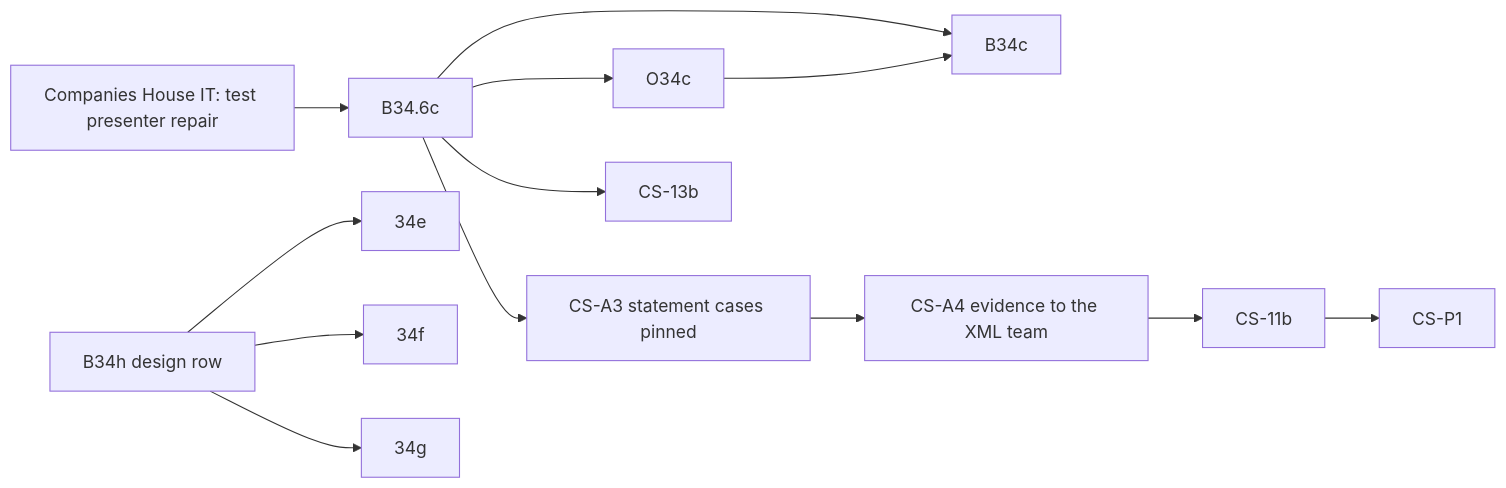
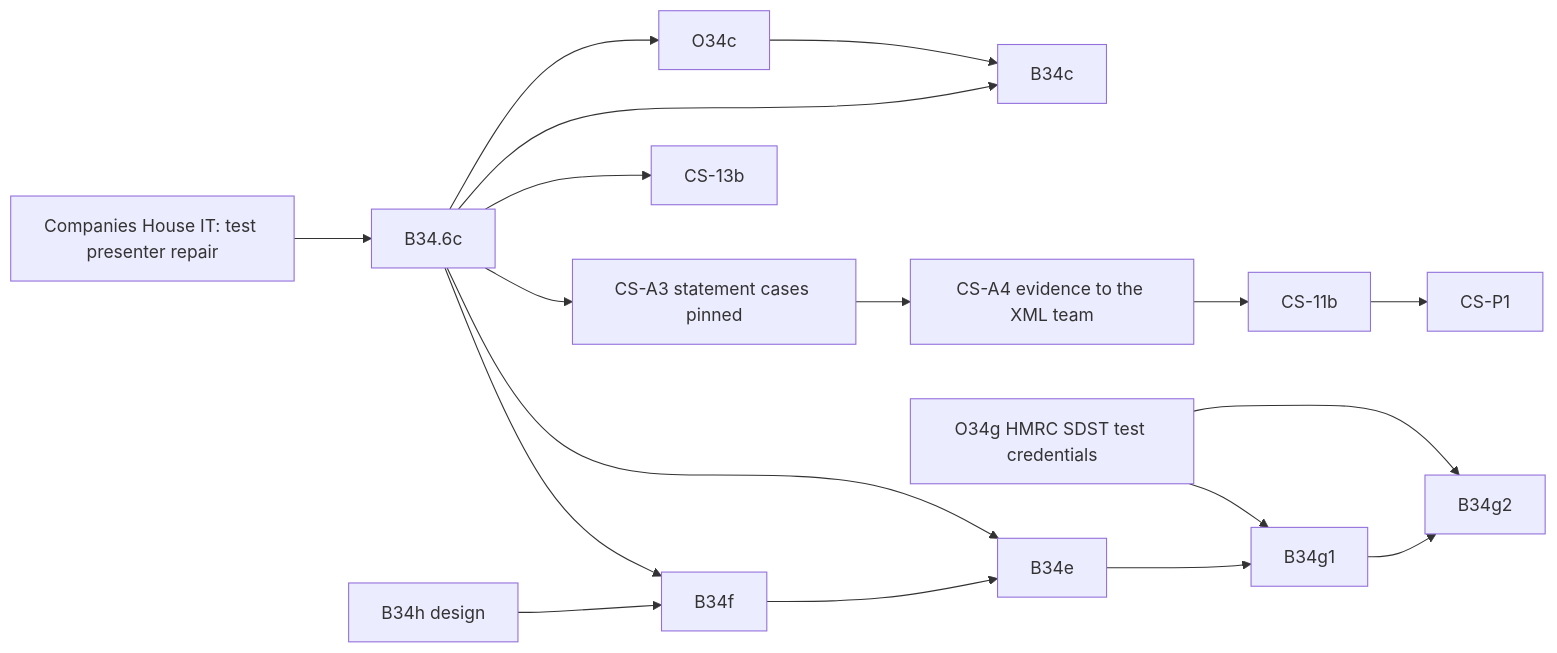
The diagram in PLAN_COMPANIES_HOUSE.md (diy-accounting-uk/submit.diyaccounting.co.uk), drawn with Mermaid before and after one commit. The commit also changed other lines of this file, not shown here.

First line of the commit message:
B34h: the design for FRS 102 1A, dormant accounts and CT600 pairing

````diff
--- a/PLAN_COMPANIES_HOUSE.md
+++ b/PLAN_COMPANIES_HOUSE.md
@@ -62,15 +62,20 @@
 ```mermaid
 flowchart LR
     CHIT[Companies House IT: test presenter repair] --> B346c[B34.6c]
     B346c --> O34c
     B346c --> B34c
     O34c --> B34c
     B346c --> CSA3[CS-A3 statement cases pinned]
     B346c --> CS13b[CS-13b]
     CSA3 --> CSA4[CS-A4 evidence to the XML team]
     CSA4 --> CS11b[CS-11b]
     CS11b --> CSP1[CS-P1]
-    Design[B34h design row] --> Row34e[34e]
-    Design --> Row34f[34f]
-    Design --> Row34g[34g]
+    B34h[B34h design] --> B34f
+    B34f --> B34e
+    B34e --> B34g1
+    B34g1 --> B34g2
+    O34g[O34g HMRC SDST test credentials] --> B34g1
+    O34g --> B34g2
+    B346c --> B34f
+    B346c --> B34e
 ```
````
